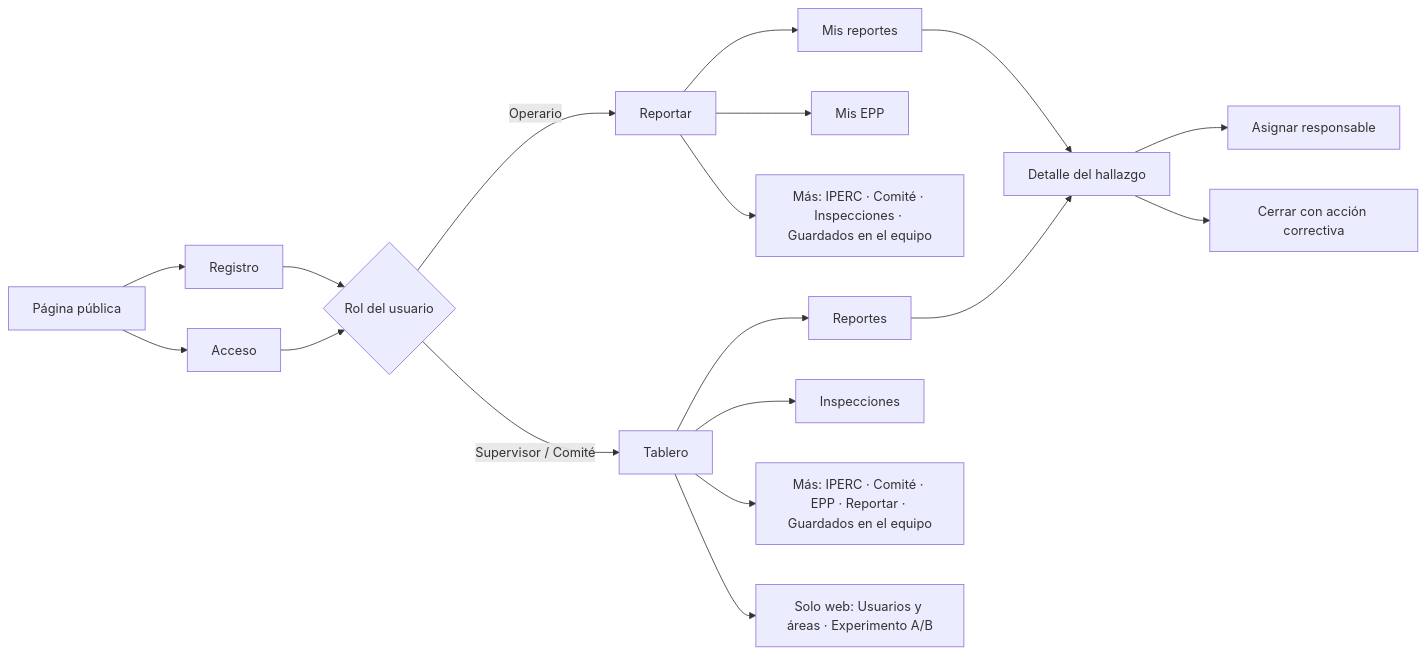
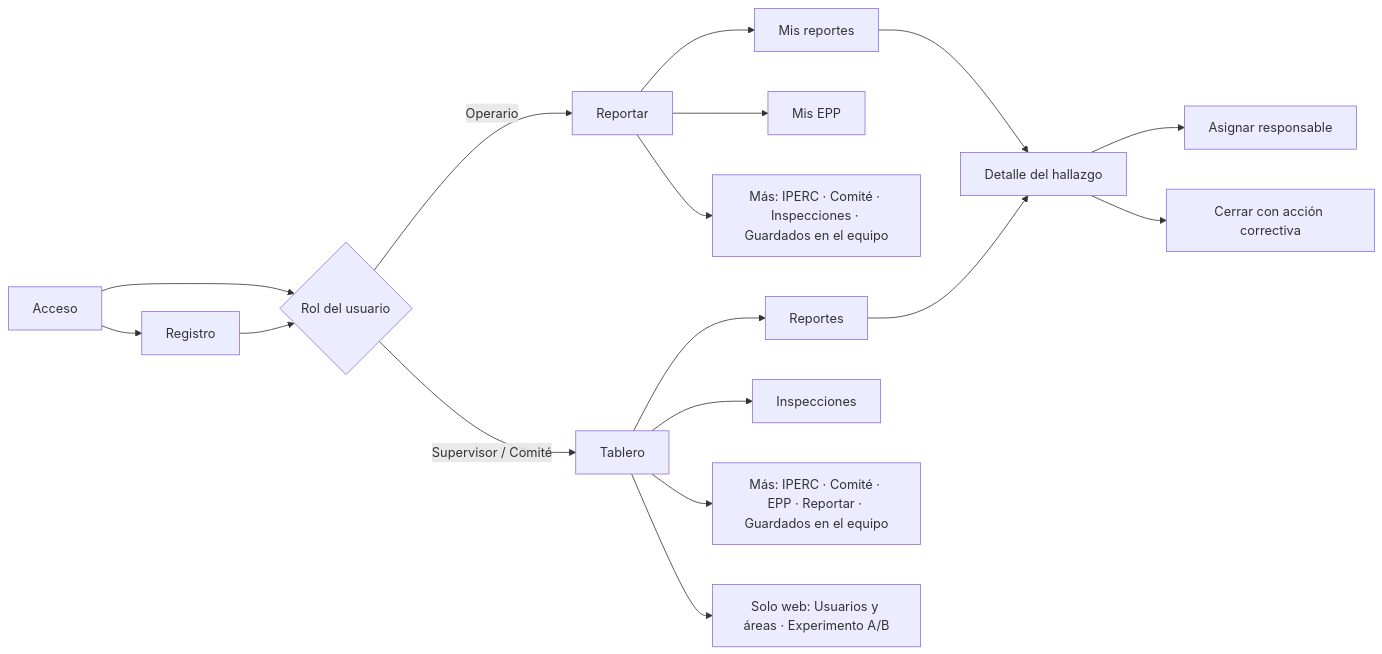
The first of 10 diagrams in chapters/capitulo-04-product-design.md (sst-peru/sst-report), drawn with Mermaid before and after one commit. The commit also changed other lines of this file and 3 other files, not shown here.

````diff
--- a/chapters/capitulo-04-product-design.md
+++ b/chapters/capitulo-04-product-design.md
@@ -245,23 +234,22 @@
 ```mermaid
 flowchart LR
-    Publica[Página pública] --> Acceso[Acceso]
-    Publica --> Registro[Registro]
-    Registro --> Rol{Rol del usuario}
-    Acceso --> Rol
+    Acceso[Acceso] --> Rol{Rol del usuario}
+    Acceso --> Registro[Registro]
+    Registro --> Rol
 
     Rol -->|Operario| Reportar[Reportar]
     Rol -->|Supervisor / Comité| Tablero[Tablero]
 
     Reportar --> MisReportes[Mis reportes]
     Reportar --> MisEPP[Mis EPP]
     Reportar --> MasOp["Más: IPERC · Comité · Inspecciones · Guardados en el equipo"]
     MisReportes --> Detalle[Detalle del hallazgo]
 
     Tablero --> Hallazgos[Reportes]
     Tablero --> Inspecciones[Inspecciones]
     Tablero --> MasSup["Más: IPERC · Comité · EPP · Reportar · Guardados en el equipo"]
     Tablero --> SoloWeb["Solo web: Usuarios y áreas · Experimento A/B"]
     Hallazgos --> Detalle
     Detalle --> Asignar[Asignar responsable]
     Detalle --> Cerrar[Cerrar con acción correctiva]
 ```
````
